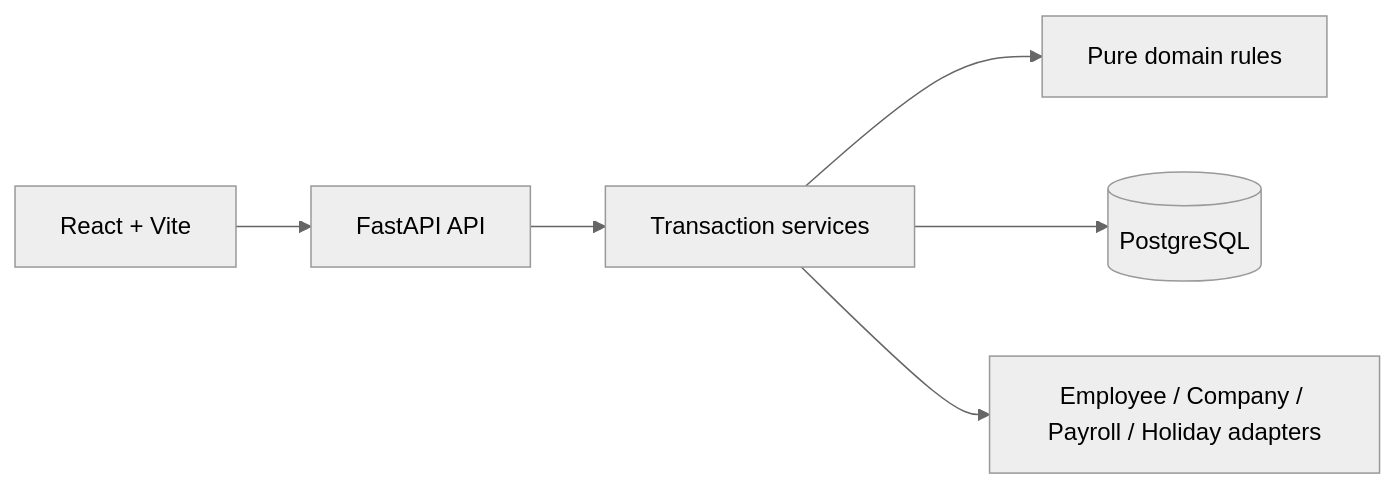
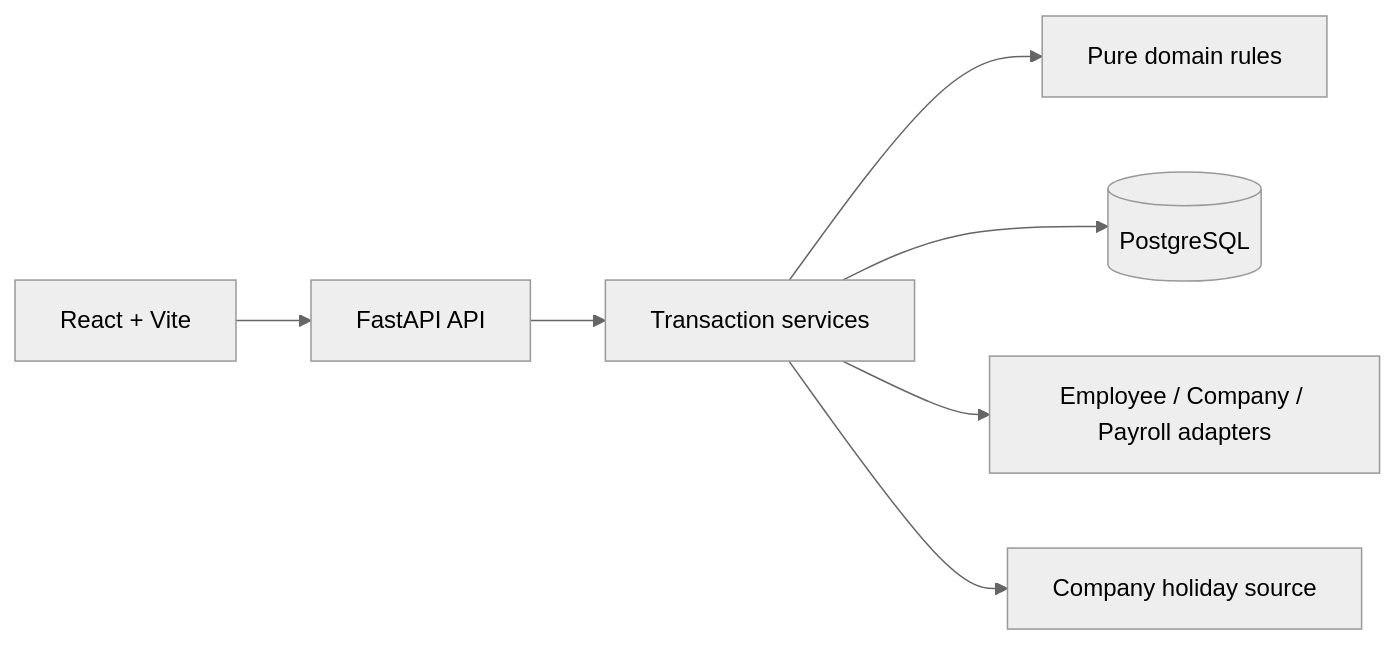
The first of 2 diagrams in README.md (advaith334/warp-time-off-tracking), drawn with Mermaid (neutral theme) before and after one commit. The commit also changed other lines of this file and 6 other files, not shown here.

````diff
--- a/README.md
+++ b/README.md
@@ -34,8 +34,9 @@
 ```mermaid
 flowchart LR
     Browser[React + Vite] --> API[FastAPI API]
     API --> Services[Transaction services]
     Services --> Domain[Pure domain rules]
     Services --> DB[(PostgreSQL)]
-    Services --> Adapters[Employee / Company / Payroll / Holiday adapters]
+    Services --> Given[Employee / Company / Payroll adapters]
+    Services --> Holidays[Company holiday source]
 ```
````
